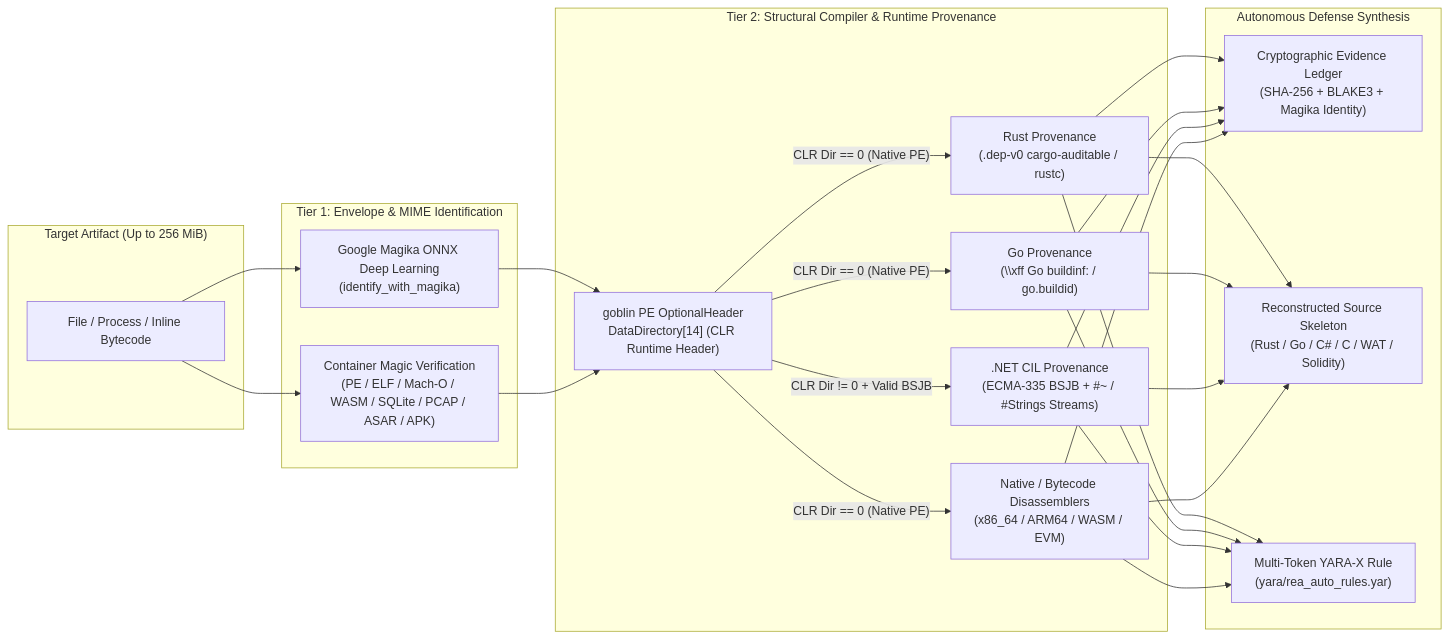
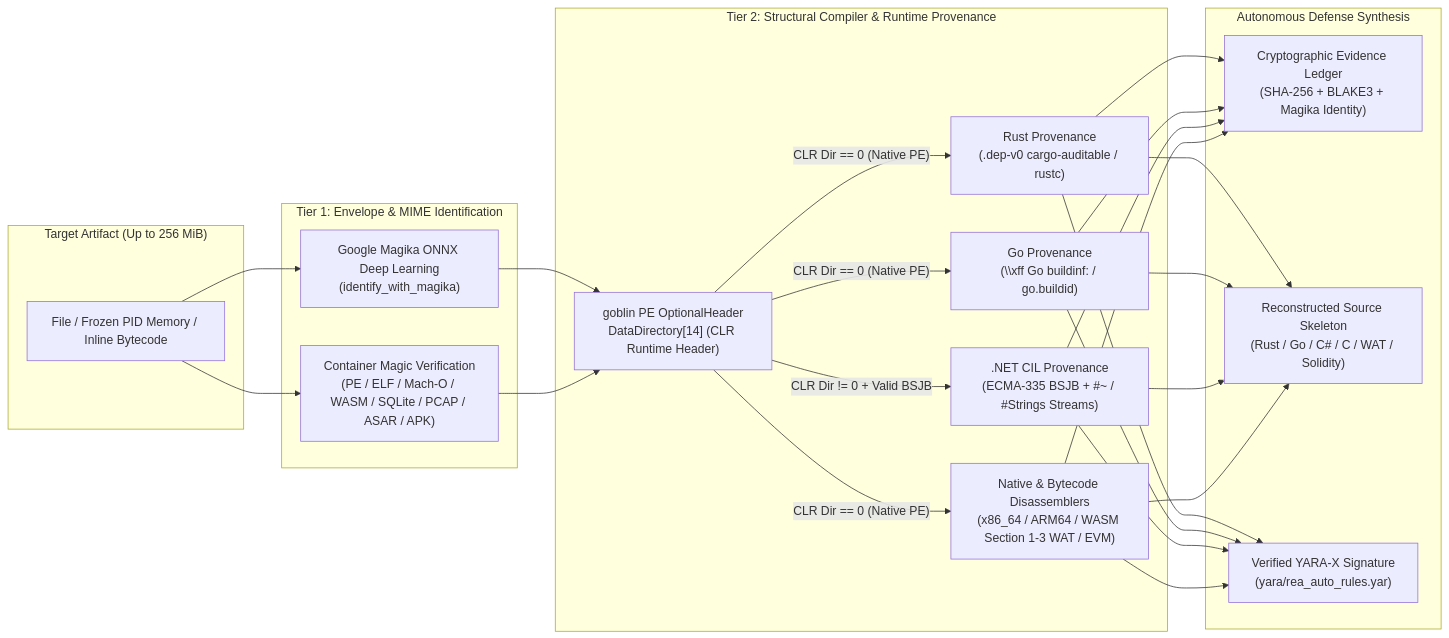
One commit to oyesanyf/OshoosiClaw changed the second of 23 diagrams in README.md. Above: the diagram before and after it, drawn with Mermaid. The commit also changed other lines of this file and 35 other files, not shown here.

Commit message:
feat(edr): 5-sigma kernel/cgroup quarantine, <250MB memory opt, TPM2 BLAKE3 Merkle & REA fixes

````diff
--- a/README.md
+++ b/README.md
@@ -126,31 +126,31 @@
 ```mermaid
 flowchart LR
     subgraph Input["Target Artifact (Up to 256 MiB)"]
-        F["File / Process / Inline Bytecode"]
+        F["File / Frozen PID Memory / Inline Bytecode"]
     end
 
     subgraph Tier1["Tier 1: Envelope & MIME Identification"]
         M["Google Magika ONNX Deep Learning\n(identify_with_magika)"]
         H["Container Magic Verification\n(PE / ELF / Mach-O / WASM / SQLite / PCAP / ASAR / APK)"]
     end
 
     subgraph Tier2["Tier 2: Structural Compiler & Runtime Provenance"]
         PE["goblin PE OptionalHeader\nDataDirectory[14] (CLR Runtime Header)"]
         R["Rust Provenance\n(.dep-v0 cargo-auditable / rustc)"]
         G["Go Provenance\n(\\xff Go buildinf: / go.buildid)"]
         D[".NET CIL Provenance\n(ECMA-335 BSJB + #~ / #Strings Streams)"]
-        N["Native / Bytecode Disassemblers\n(x86_64 / ARM64 / WASM / EVM)"]
+        N["Native & Bytecode Disassemblers\n(x86_64 / ARM64 / WASM Section 1-3 WAT / EVM)"]
     end
 
     subgraph Output["Autonomous Defense Synthesis"]
         E["Cryptographic Evidence Ledger\n(SHA-256 + BLAKE3 + Magika Identity)"]
         C["Reconstructed Source Skeleton\n(Rust / Go / C# / C / WAT / Solidity)"]
-        Y["Multi-Token YARA-X Rule\n(yara/rea_auto_rules.yar)"]
+        Y["Verified YARA-X Signature\n(yara/rea_auto_rules.yar)"]
     end
 
     F --> M & H
     M & H --> PE
     PE -->|"CLR Dir == 0 (Native PE)"| R & G & N
     PE -->|"CLR Dir != 0 + Valid BSJB"| D
     R & G & D & N --> E & C & Y
 ```
````
